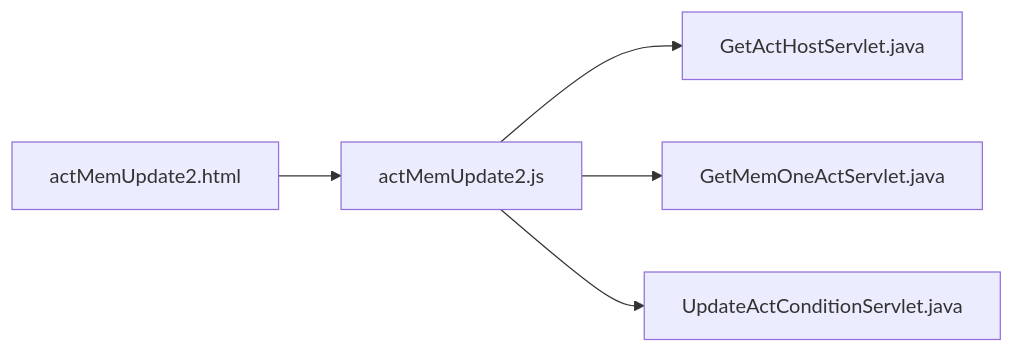
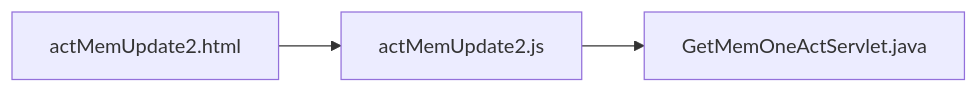
The seventh of 15 diagrams in README.md (TLexYuW/CGA103G1OwnPart), drawn with Mermaid before and after one commit. The commit also changed other lines of this file, not shown here.

````diff
--- a/README.md
+++ b/README.md
@@ -101,6 +100,4 @@
 ```mermaid
 flowchart LR
-	aMU2html[actMemUpdate2.html] --> aMU2js[actMemUpdate2.js] --> GAHS[GetActHostServlet.java]
-	aMU2js --> GMOAS[GetMemOneActServlet.java]
-	aMU2js --> UACS[UpdateActConditionServlet.java]
+	aMU2html[actMemUpdate2.html] --> aMU2js[actMemUpdate2.js] --> GMOAS[GetMemOneActServlet.java]
 ```  
````
